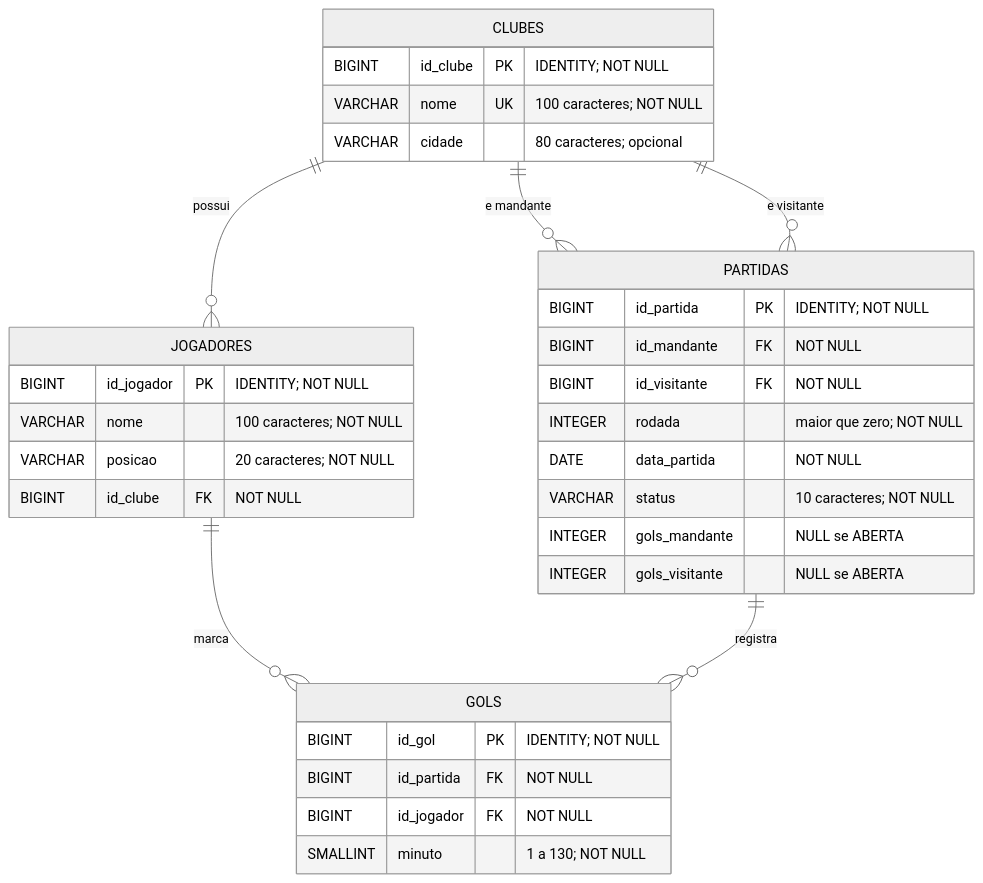
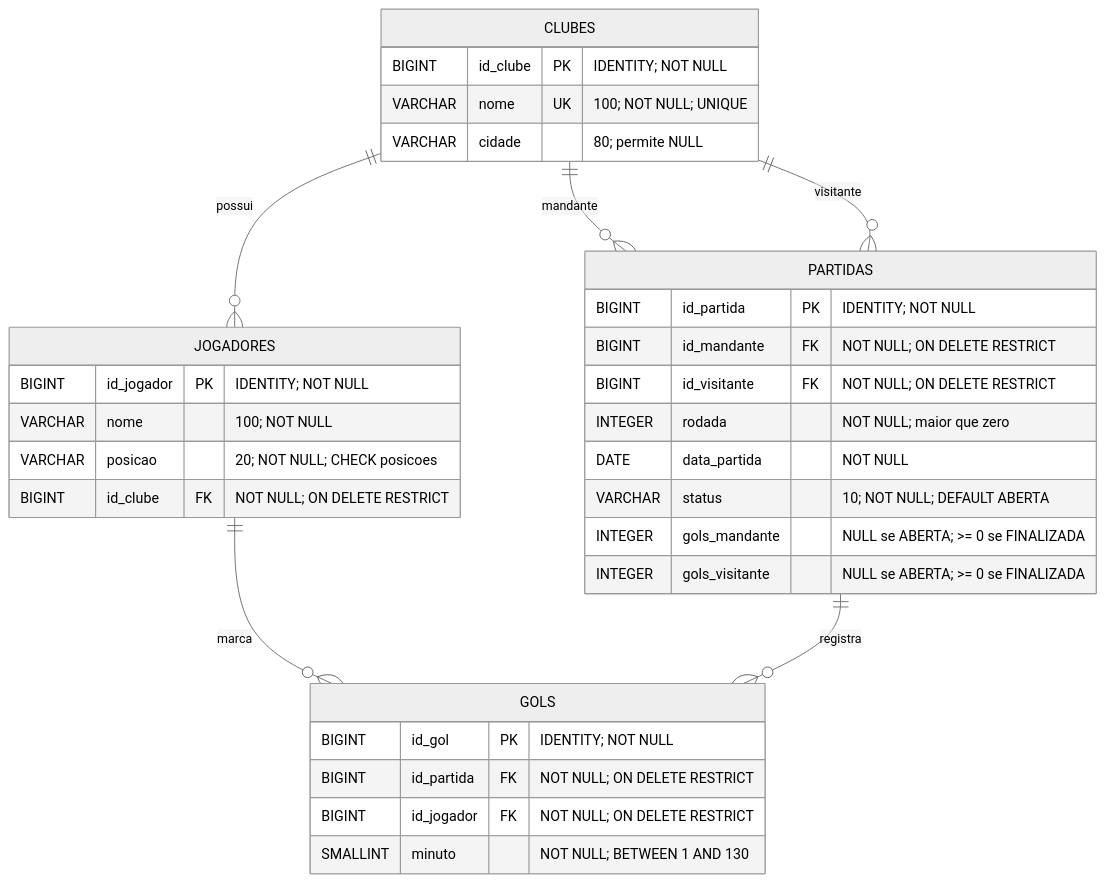
The diagram in Regras de Negócio e Modelagem/diagrama_relacional.mmd (bianchini021/projeto-banco-de-dados), drawn with Mermaid (neutral theme) before and after one commit. The commit also changed 1 other file, not shown here.

Commit message:
Atualizar o diagrama e o PROMPTS.md
Atualização do diagrama pois ele não estava refletindo 100% do código atualizado. Alterações:
Clubes: indicar que nome é único (UNIQUE).
Jogadores: explicitar as seis posições permitidas pelo CHECK.
Partidas: indicar que status assume ABERTA por padrão e que o placar é obrigatório somente quando a partida está finalizada.
Gols: manter a restrição de minuto entre 1 e 130.
Relacionamentos: preservar as cinco chaves estrangeiras obrigatórias e suas cardinalidades.

```diff
--- a/Regras de Negócio e Modelagem/diagrama_relacional.mmd
+++ b/Regras de Negócio e Modelagem/diagrama_relacional.mmd
@@ -1,37 +1,37 @@
 erDiagram
     CLUBES ||--o{ JOGADORES : possui
-    CLUBES ||--o{ PARTIDAS : "e mandante"
-    CLUBES ||--o{ PARTIDAS : "e visitante"
+    CLUBES ||--o{ PARTIDAS : mandante
+    CLUBES ||--o{ PARTIDAS : visitante
     JOGADORES ||--o{ GOLS : marca
     PARTIDAS ||--o{ GOLS : registra
 
     CLUBES {
         BIGINT id_clube PK "IDENTITY; NOT NULL"
-        VARCHAR nome UK "100 caracteres; NOT NULL"
-        VARCHAR cidade "80 caracteres; opcional"
+        VARCHAR nome UK "100; NOT NULL; UNIQUE"
+        VARCHAR cidade "80; permite NULL"
     }
 
     JOGADORES {
         BIGINT id_jogador PK "IDENTITY; NOT NULL"
-        VARCHAR nome "100 caracteres; NOT NULL"
-        VARCHAR posicao "20 caracteres; NOT NULL"
-        BIGINT id_clube FK "NOT NULL"
+        VARCHAR nome "100; NOT NULL"
+        VARCHAR posicao "20; NOT NULL; CHECK posicoes"
+        BIGINT id_clube FK "NOT NULL; ON DELETE RESTRICT"
     }
 
     PARTIDAS {
         BIGINT id_partida PK "IDENTITY; NOT NULL"
-        BIGINT id_mandante FK "NOT NULL"
-        BIGINT id_visitante FK "NOT NULL"
-        INTEGER rodada "maior que zero; NOT NULL"
+        BIGINT id_mandante FK "NOT NULL; ON DELETE RESTRICT"
+        BIGINT id_visitante FK "NOT NULL; ON DELETE RESTRICT"
+        INTEGER rodada "NOT NULL; maior que zero"
         DATE data_partida "NOT NULL"
-        VARCHAR status "10 caracteres; NOT NULL"
-        INTEGER gols_mandante "NULL se ABERTA"
-        INTEGER gols_visitante "NULL se ABERTA"
+        VARCHAR status "10; NOT NULL; DEFAULT ABERTA"
+        INTEGER gols_mandante "NULL se ABERTA; >= 0 se FINALIZADA"
+        INTEGER gols_visitante "NULL se ABERTA; >= 0 se FINALIZADA"
     }
 
     GOLS {
         BIGINT id_gol PK "IDENTITY; NOT NULL"
-        BIGINT id_partida FK "NOT NULL"
-        BIGINT id_jogador FK "NOT NULL"
-        SMALLINT minuto "1 a 130; NOT NULL"
+        BIGINT id_partida FK "NOT NULL; ON DELETE RESTRICT"
+        BIGINT id_jogador FK "NOT NULL; ON DELETE RESTRICT"
+        SMALLINT minuto "NOT NULL; BETWEEN 1 AND 130"
     }
```
